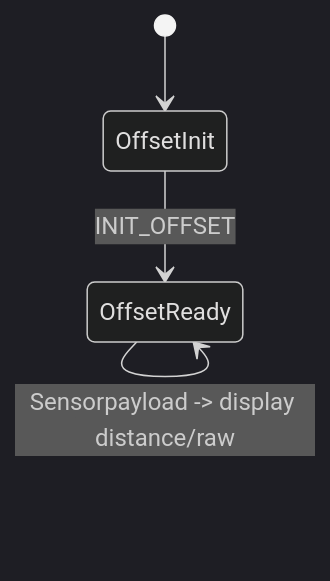
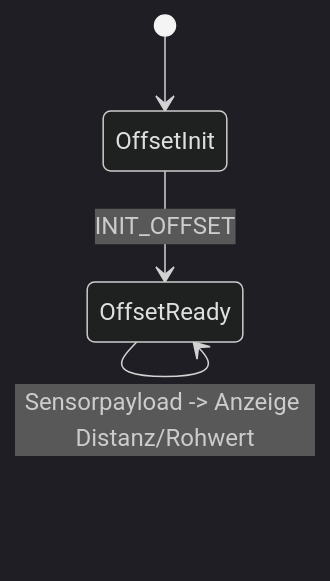
Before and after one commit to HerrnDK/Projekt: the tenth of 13 diagrams in nodered/flows/FLOW_ARCHITEKTUR_PLAN.md, drawn with Mermaid (dark theme). The commit also changed other lines of this file and 11 other files, not shown here.

````diff
--- a/nodered/flows/FLOW_ARCHITEKTUR_PLAN.md
+++ b/nodered/flows/FLOW_ARCHITEKTUR_PLAN.md
@@ -220,7 +220,7 @@
 ```mermaid
 stateDiagram-v2
   [*] --> OffsetInit
   OffsetInit --> OffsetReady: INIT_OFFSET
-  OffsetReady --> OffsetReady: Slider update (HC-SR04 -5..+5 / Tropfen -300..+300 / Truebung -200..+200)
-  OffsetReady --> OffsetReady: Sensorpayload -> display distance/raw
+  OffsetReady --> OffsetReady: Slider-Update (HC-SR04 -5..+5 / Tropfen -300..+300 / Truebung -200..+200)
+  OffsetReady --> OffsetReady: Sensorpayload -> Anzeige Distanz/Rohwert
 ```
````
